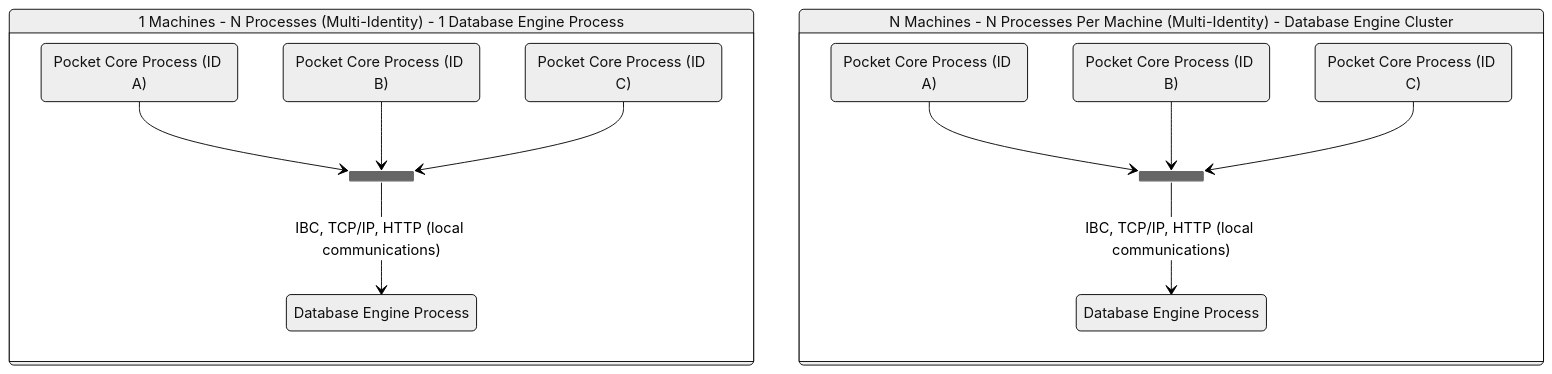
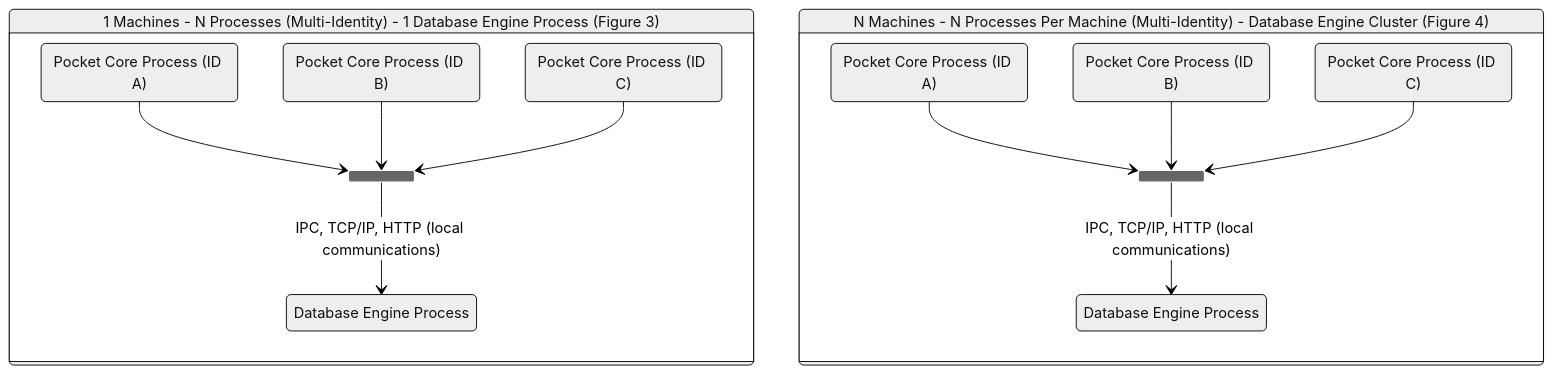
The second of 7 diagrams in persistence/README.md (pokt-network/pocket-network-protocol), drawn with Mermaid (neutral theme) before and after one commit. The commit also changed other lines of this file and 5 other files, not shown here.

````diff
--- a/persistence/README.md
+++ b/persistence/README.md
@@ -163,31 +123,31 @@
 ```mermaid
 stateDiagram-v2
-    Fig3: 1 Machines - N Processes (Multi-Identity) - 1 Database Engine Process
-    Fig4: N Machines - N Processes Per Machine (Multi-Identity) - Database Engine Cluster
+    Fig3: 1 Machines - N Processes (Multi-Identity) - 1 Database Engine Process (Figure 3)
+    Fig4: N Machines - N Processes Per Machine (Multi-Identity) - Database Engine Cluster (Figure 4)
 
     state Fig3 {
         PA: Pocket Core Process (ID A)
         PB: Pocket Core Process (ID B)
         PC: Pocket Core Process (ID C)
         DB3: Database Engine Process
 
         state join_state3 <<join>>
         PA --> join_state3
         PB --> join_state3
         PC --> join_state3
-        join_state3 --> DB3: IBC, TCP/IP, HTTP (local communications)
+        join_state3 --> DB3: IPC, TCP/IP, HTTP (local communications)
     }
 
     state Fig4 {
         P4A: Pocket Core Process (ID A)
         P4B: Pocket Core Process (ID B)
         P4C: Pocket Core Process (ID C)
         DB4: Database Engine Process
 
         state join_state4 <<join>>
         P4A --> join_state4
         P4B --> join_state4
         P4C --> join_state4
-        join_state4 --> DB4: IBC, TCP/IP, HTTP (local communications)
+        join_state4 --> DB4: IPC, TCP/IP, HTTP (local communications)
     }
 ```
````
